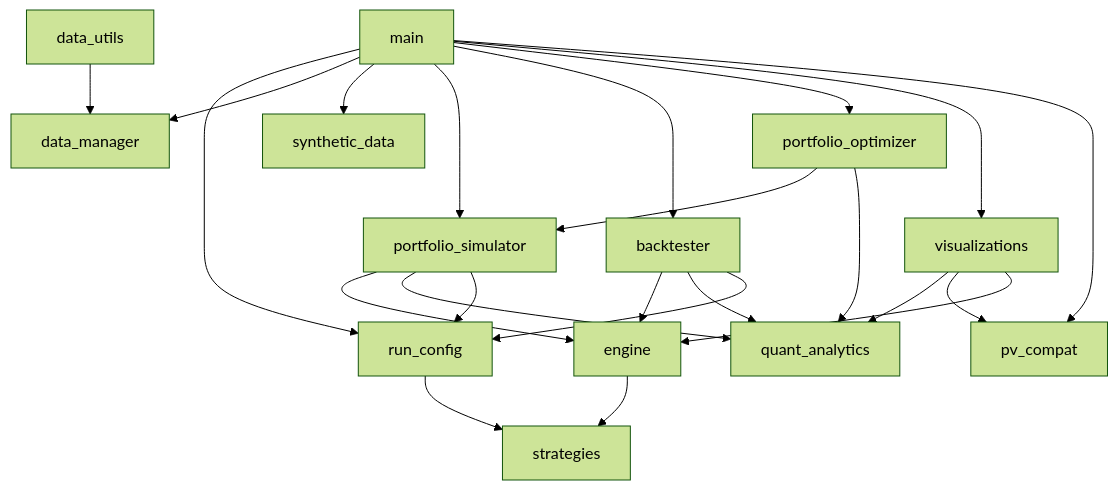
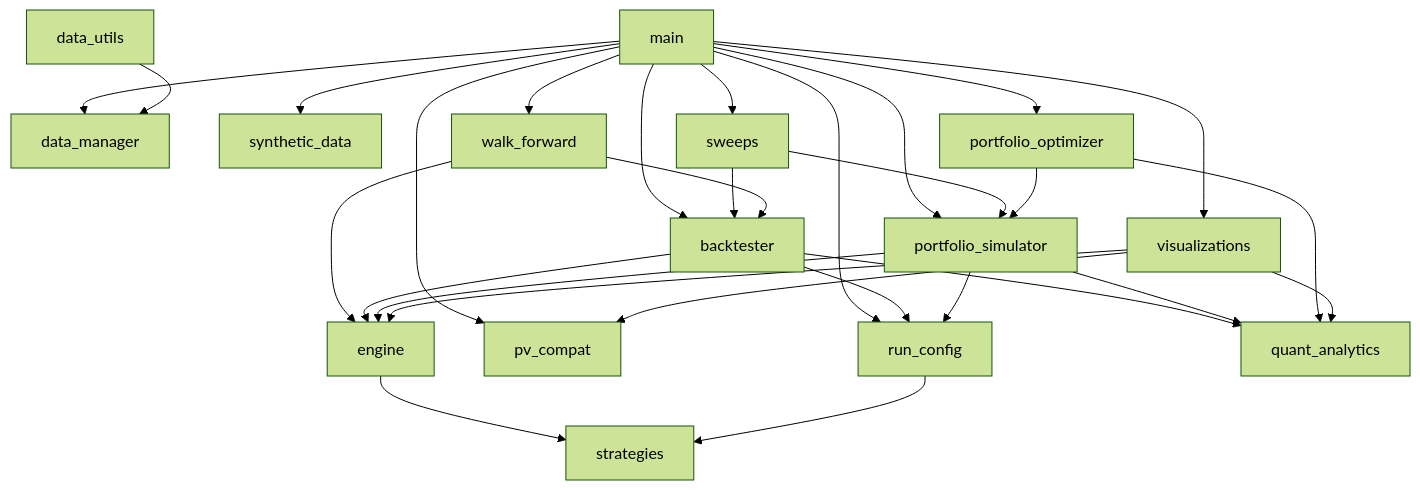
Before and after one commit to AClaybrook/monte-carlo-portfolio: the second of 2 diagrams in .claude/docs/architecture_diagram.md, drawn with Mermaid (forest theme). The commit also changed other lines of this file and 3 other files, not shown here.

First line of the commit message:
Document sweeps, walk-forward and efficient frontier

````diff
--- a/.claude/docs/architecture_diagram.md
+++ b/.claude/docs/architecture_diagram.md
@@ -46,11 +52,13 @@
 ```mermaid
 flowchart TD
-    main --> run_config & data_manager & synthetic_data & portfolio_simulator & backtester & portfolio_optimizer & visualizations & pv_compat
+    main --> run_config & data_manager & synthetic_data & portfolio_simulator & backtester & portfolio_optimizer & visualizations & pv_compat & sweeps & walk_forward
+    sweeps --> backtester & portfolio_simulator
+    walk_forward --> backtester & engine
     backtester --> engine & quant_analytics & run_config
     portfolio_simulator --> engine & quant_analytics & run_config
     portfolio_optimizer --> portfolio_simulator & quant_analytics
     engine --> strategies
     run_config --> strategies
     visualizations --> quant_analytics & pv_compat & engine
     data_utils --> data_manager
 ```
````
